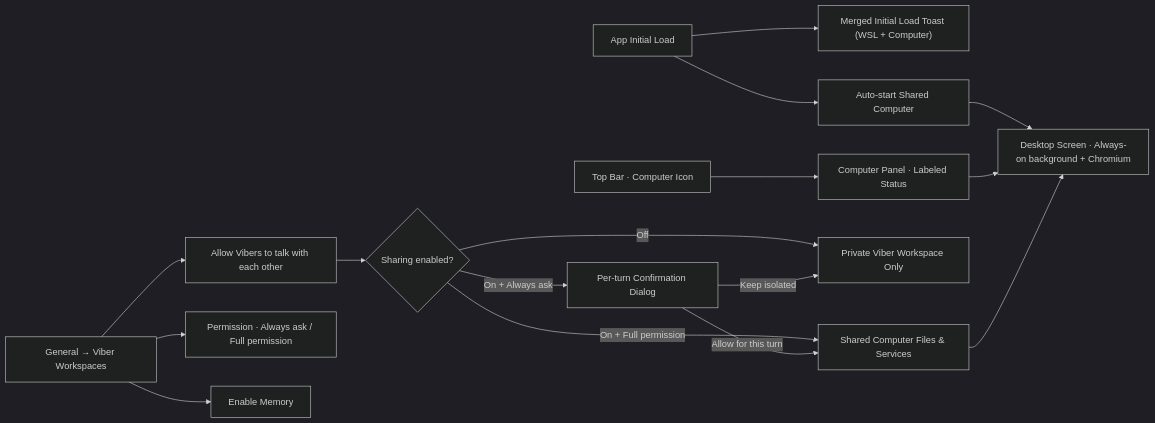
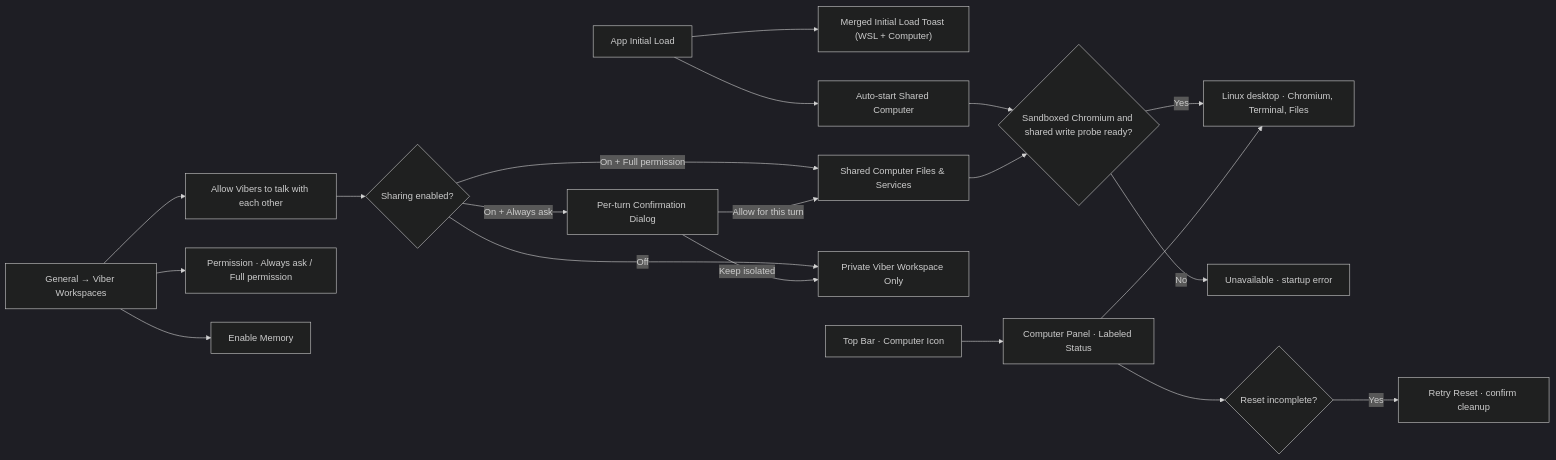
The fourth of 5 diagrams in FEATUREMAP.md (akshajrawat/akkco-vibestar), drawn with Mermaid (dark theme) before and after one commit. The commit also changed other lines of this file and 45 other files, not shown here.

````diff
--- a/FEATUREMAP.md
+++ b/FEATUREMAP.md
@@ -137,18 +139,22 @@
 ```mermaid
 flowchart LR
     Startup["App Initial Load"] --> BootToast["Merged Initial Load Toast (WSL + Computer)"]
     Startup --> AutoStart["Auto-start Shared Computer"]
     TopBar["Top Bar · Computer Icon"] --> Panel["Computer Panel · Labeled Status"]
-    AutoStart --> Desktop["Desktop Screen · Always-on background + Chromium"]
+    AutoStart --> Verify{"Sandboxed Chromium and shared write probe ready?"}
+    Verify -->|Yes| Desktop["Linux desktop · Chromium, Terminal, Files"]
+    Verify -->|No| Unavailable["Unavailable · startup error"]
     Panel --> Desktop
+    Panel --> Pending{"Reset incomplete?"}
+    Pending -->|Yes| Retry["Retry Reset · confirm cleanup"]
     Settings["General → Viber Workspaces"] --> AllowTalk["Allow Vibers to talk with each other"]
     Settings --> Permission["Permission · Always ask / Full permission"]
     Settings --> Memory["Enable Memory"]
     AllowTalk --> Gate{"Sharing enabled?"}
     Gate -- "Off" --> Isolated["Private Viber Workspace Only"]
     Gate -- "On + Always ask" --> Prompt["Per-turn Confirmation Dialog"]
     Gate -- "On + Full permission" --> Shared["Shared Computer Files & Services"]
     Prompt -- "Allow for this turn" --> Shared
     Prompt -- "Keep isolated" --> Isolated
-    Shared --> Desktop
+    Shared --> Verify
 ```
````
